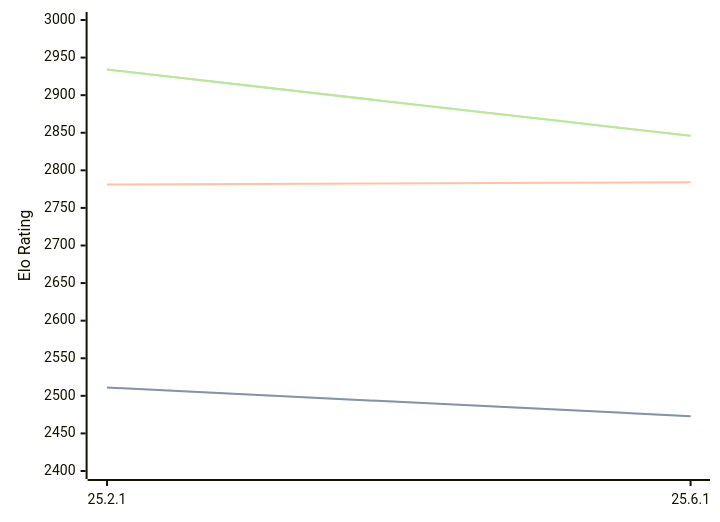
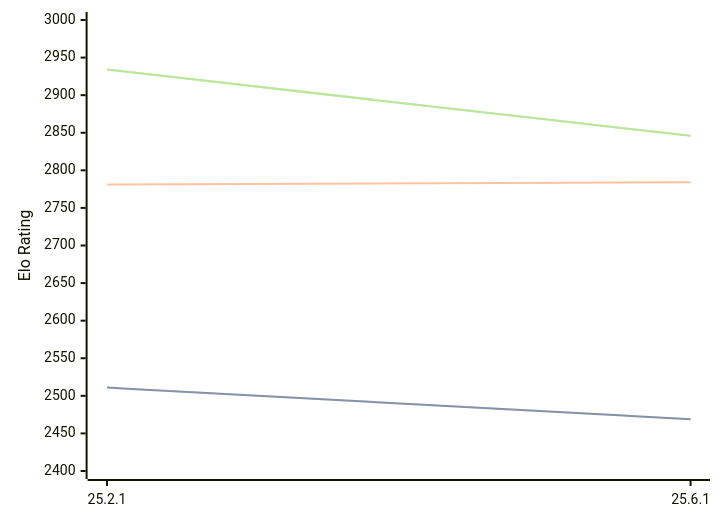
The diagram in engines/Crafty.md (computer-chess-index/cci), drawn with Mermaid before and after one commit. The commit also changed other lines of this file, not shown here.

````diff
--- a/engines/Crafty.md
+++ b/engines/Crafty.md
@@ -32,11 +32,11 @@
 ```mermaid
 %%{init: {"theme":"base","themeVariables":{"seriesColors:['#a3a3a3','#222221','#faa371']}}}%%
 xychart-beta
   x-axis ["25.2.1", "25.6.1"]
   y-axis "Elo Rating" 2400 --> 3000
-  line "" [2511, 2473]
-  line "STC (8.0+0.08s)" [2511, 2473]
+  line "" [2511, 2469]
+  line "STC (8.0+0.08s)" [2511, 2469]
   line "LTC (60.0+0.60s)" [2781, 2784]
   line "" [2934, 2846]
   line "VLTC (2m24s+1.12s)" [2934, 2846]
 ```
````
